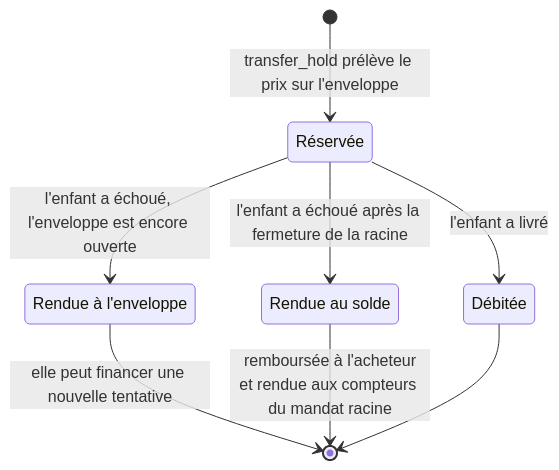
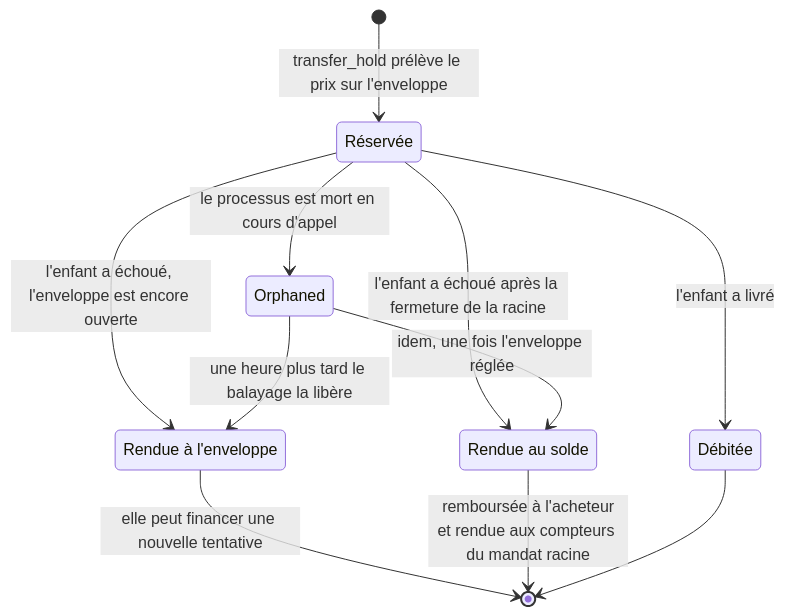
The fourth of 8 diagrams in docs/subcontracting.fr.md (alexar76/aimarket-hub), drawn with Mermaid before and after one commit. The commit also changed other lines of this file and 34 other files, not shown here.

````diff
--- a/docs/subcontracting.fr.md
+++ b/docs/subcontracting.fr.md
@@ -243,14 +245,17 @@
 ```mermaid
 stateDiagram-v2
     state "Réservée" as Held
     state "Débitée" as Captured
     state "Rendue à l'enveloppe" as BackToAllowance
     state "Rendue au solde" as BackToBalance
     [*] --> Held: transfer_hold prélève le prix sur l'enveloppe
     Held --> Captured: l'enfant a livré
     Held --> BackToAllowance: l'enfant a échoué, l'enveloppe est encore ouverte
     Held --> BackToBalance: l'enfant a échoué après la fermeture de la racine
+    Held --> Orphaned: le processus est mort en cours d'appel
+    Orphaned --> BackToAllowance: une heure plus tard le balayage la libère
+    Orphaned --> BackToBalance: idem, une fois l'enveloppe réglée
     BackToAllowance --> [*]: elle peut financer une nouvelle tentative
     BackToBalance --> [*]: remboursée à l'acheteur<br/>et rendue aux compteurs du mandat racine
     Captured --> [*]
 ```
````
